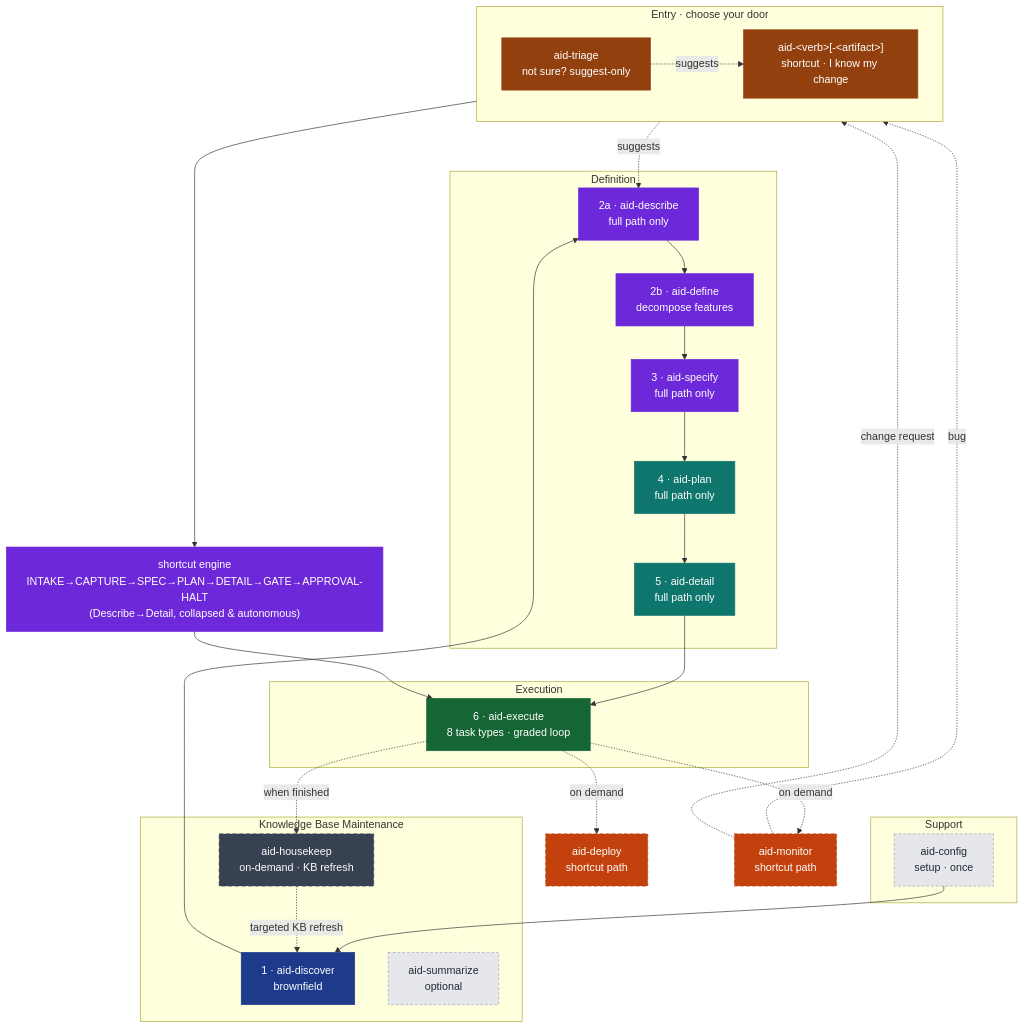
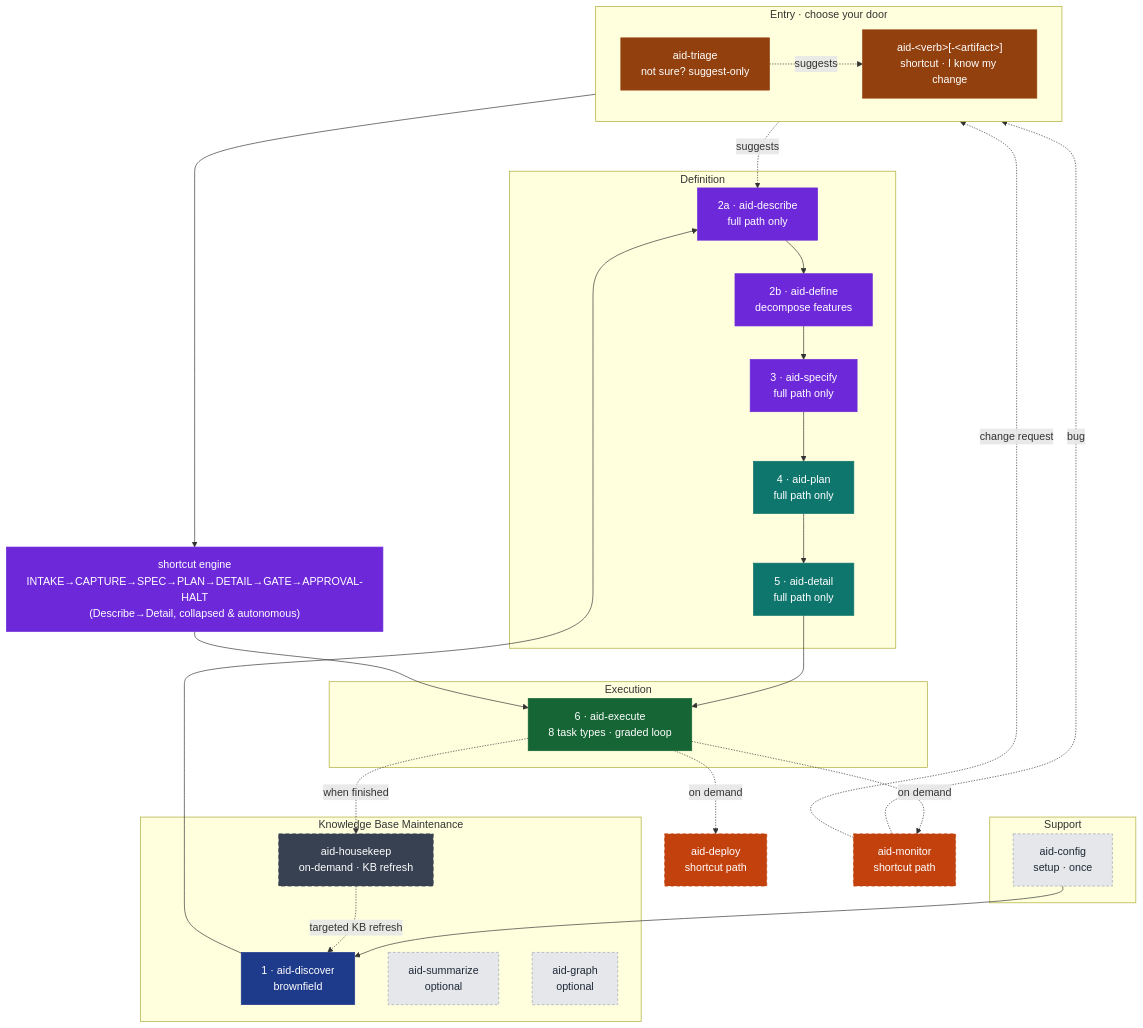
One commit to AndreVianna/aid-methodology changed the first of 7 diagrams in docs/aid-methodology.md. Above: the diagram before and after it, drawn with Mermaid. The commit also changed other lines of this file and 329 other files, not shown here.

First line of the commit message:
feat(work-005): register aid-graph; repo green again

````diff
--- a/docs/aid-methodology.md
+++ b/docs/aid-methodology.md
@@ -26,51 +26,52 @@
 ```mermaid
 flowchart TB
     classDef prep    fill:#1E3A8A,stroke:#1E3A8A,color:#ffffff
     classDef def     fill:#6D28D9,stroke:#6D28D9,color:#ffffff
     classDef map     fill:#0F766E,stroke:#0F766E,color:#ffffff
     classDef exe     fill:#166534,stroke:#166534,color:#ffffff
     classDef delopt  fill:#C2410C,stroke:#C2410C,color:#ffffff,stroke-dasharray:5 4
     classDef aux     fill:#E5E7EB,stroke:#9CA3AF,color:#1F2937,stroke-dasharray:4 3
     classDef offpipe fill:#374151,stroke:#374151,color:#ffffff,stroke-dasharray:6 4
     classDef entry   fill:#92400E,stroke:#92400E,color:#ffffff
 
     subgraph GE[" Entry · choose your door "]
         direction LR
         SC["aid-&lt;verb&gt;[-&lt;artifact&gt;]<br/>shortcut · I know my change"]:::entry
         TR["aid-triage<br/>not sure? suggest-only"]:::entry
     end
     TR -. suggests .-> SC
 
     subgraph GS[" Support "]
         Init["aid-config<br/>setup · once"]:::aux
     end
     subgraph G1[" Knowledge Base Maintenance "]
         Disc["1 · aid-discover<br/>brownfield"]:::prep
         Sum["aid-summarize<br/>optional"]:::aux
+        Graph["aid-graph<br/>optional"]:::aux
         HK["aid-housekeep<br/>on-demand · KB refresh"]:::offpipe
     end
     subgraph G2[" Definition "]
         Desc["2a · aid-describe<br/>full path only"]:::def
         Def["2b · aid-define<br/>decompose features"]:::def
         Spec["3 · aid-specify<br/>full path only"]:::def
         Plan["4 · aid-plan<br/>full path only"]:::map
         Det["5 · aid-detail<br/>full path only"]:::map
     end
     subgraph G4[" Execution "]
         Exe["6 · aid-execute<br/>8 task types · graded loop"]:::exe
     end
 
     Dep["aid-deploy<br/>shortcut path"]:::delopt
     Mon["aid-monitor<br/>shortcut path"]:::delopt
 
     TR -. suggests .-> Desc
     Init --> Disc --> Desc --> Def --> Spec --> Plan --> Det --> Exe
     SC --> ENG["shortcut engine<br/>INTAKE→CAPTURE→SPEC→PLAN→DETAIL→GATE→APPROVAL-HALT<br/>(Describe→Detail, collapsed &amp; autonomous)"]:::def
     ENG --> Exe
     Exe -. "on demand" .-> Dep
     Exe -. "on demand" .-> Mon
     Exe -. "when finished" .-> HK
     Mon -. "bug" .-> SC
     Mon -. "change request" .-> TR
     HK  -. "targeted KB refresh" .-> Disc
 ```
````
